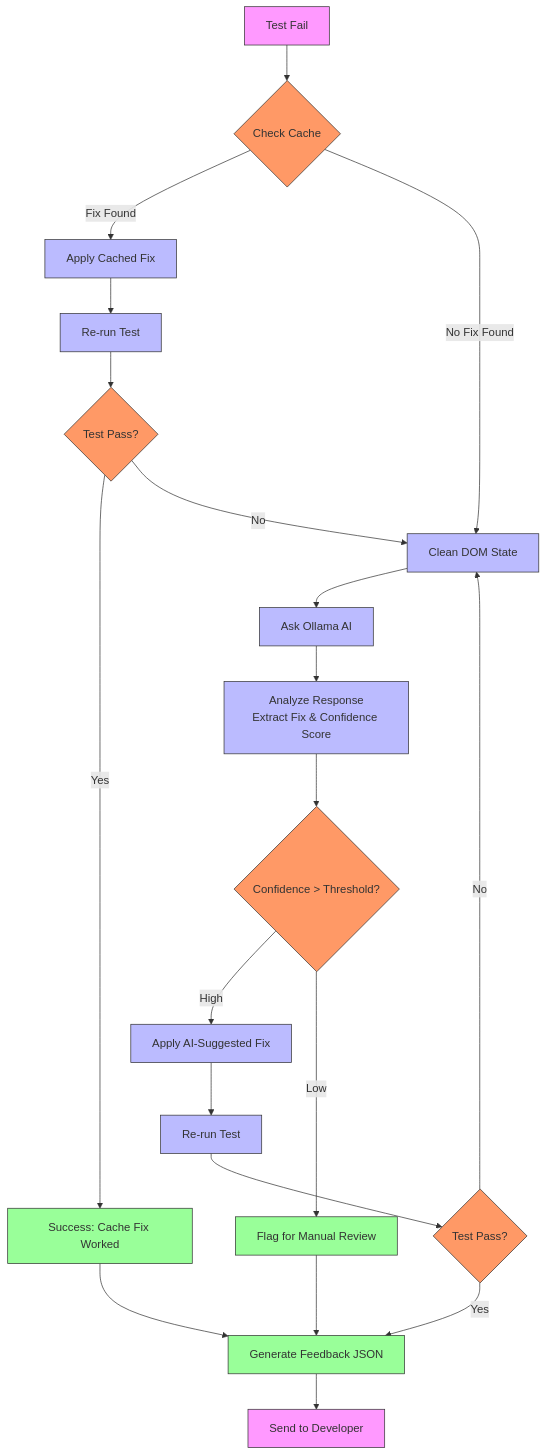
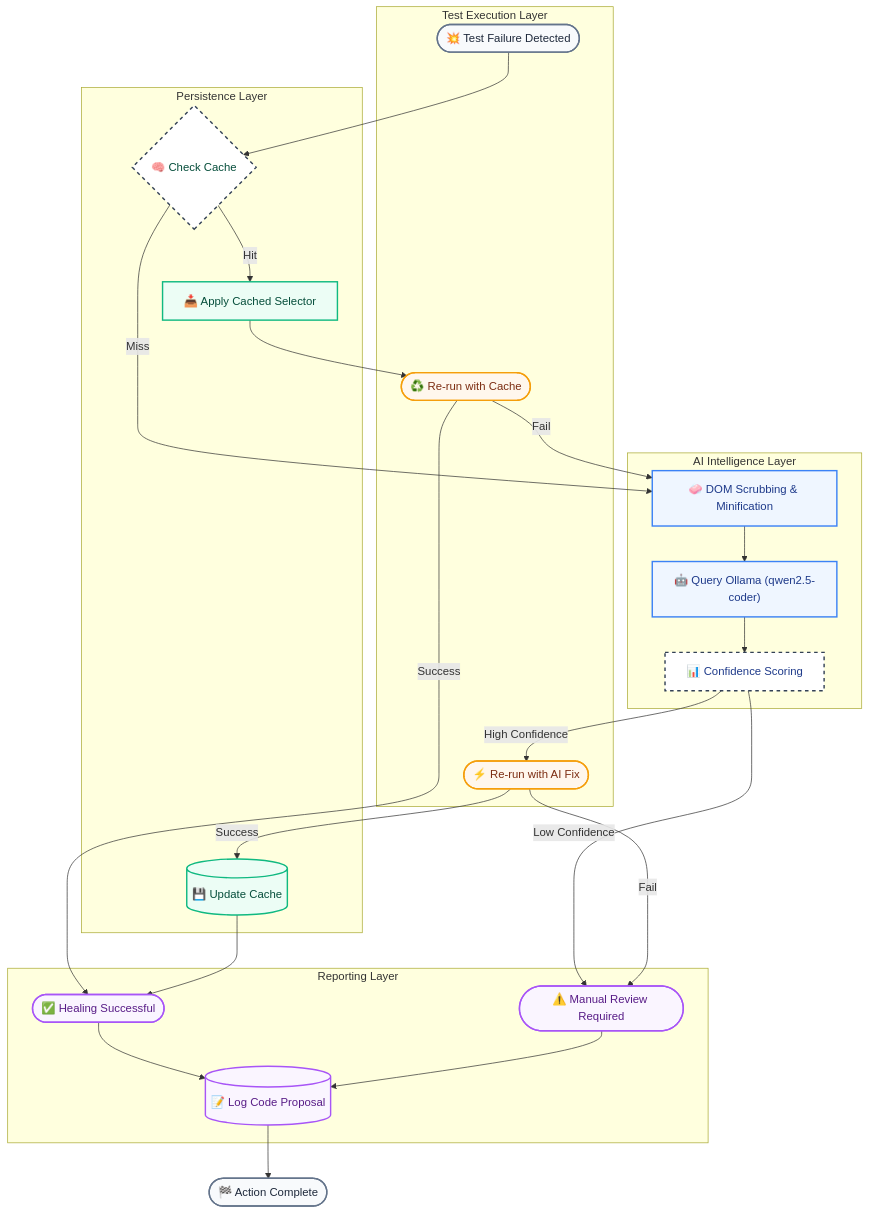
The diagram in README.md (kunaal-ai/healix), drawn with Mermaid before and after one commit. The commit also changed 1 other file, not shown here.

Commit message:
workflow impr

````diff
--- a/README.md
+++ b/README.md
@@ -25,43 +25,67 @@
 ```mermaid
-graph TD
-    Start[Test Fail] --> CheckCache{Check Cache}
+flowchart TD
+    subgraph Execution["Test Execution Layer"]
+        Start(["💥 Test Failure Detected"])
+        RetryCache(["♻️ Re-run with Cache"])
+        RetryAI(["⚡ Re-run with AI Fix"])
+    end
+
+    subgraph Persistence["Persistence Layer"]
+        CheckCache{"🧠 Check Cache"}
+        ApplyCache["📥 Apply Cached Selector"]
+        UpdateCache[("💾 Update Cache")]
+    end
+
+    subgraph Intelligence["AI Intelligence Layer"]
+        CleanDOM["🧼 DOM Scrubbing & Minification"]
+        AskOllama["🤖 Query Ollama (qwen2.5-coder)"]
+        Analyze["📊 Confidence Scoring"]
+    end
+
+    subgraph Feedback["Reporting Layer"]
+        Success(["✅ Healing Successful"])
+        Manual(["⚠️ Manual Review Required"])
+        Proposal[("📝 Log Code Proposal")]
+    end
+
+    %% Flow Logic
+    Start --> CheckCache
     
-    CheckCache -->|Fix Found| ApplyCacheFix[Apply Cached Fix]
-    CheckCache -->|No Fix Found| CleanDOM[Clean DOM State]
+    CheckCache -- "Hit" --> ApplyCache
+    ApplyCache --> RetryCache
     
-    ApplyCacheFix --> RetryCache[Re-run Test]
-    RetryCache --> TestPassCache{Test Pass?}
+    CheckCache -- "Miss" --> CleanDOM
     
-    TestPassCache -->|Yes| SuccessCache[Success: Cache Fix Worked]
-    TestPassCache -->|No| CleanDOM
+    RetryCache -- "Success" --> Success
+    RetryCache -- "Fail" --> CleanDOM
     
-    CleanDOM --> AskOllama[Ask Ollama AI]
-    AskOllama --> AnalyzeResponse[Analyze Response<br/>Extract Fix & Confidence Score]
+    CleanDOM --> AskOllama
+    AskOllama --> Analyze
     
-    AnalyzeResponse --> ConfidenceCheck{Confidence > Threshold?}
+    Analyze -- "High Confidence" --> RetryAI
+    Analyze -- "Low Confidence" --> Manual
     
-    ConfidenceCheck -->|High| ApplyAIFix[Apply AI-Suggested Fix]
-    ConfidenceCheck -->|Low| ManualReview[Flag for Manual Review]
+    RetryAI -- "Success" --> UpdateCache
+    UpdateCache --> Success
     
-    ApplyAIFix --> RetryAI[Re-run Test]
-    RetryAI --> TestPassAI{Test Pass?}
+    RetryAI -- "Fail" --> Manual
     
-    TestPassAI -->|Yes| GenerateFeedback[Generate Feedback JSON]
-    TestPassAI -->|No| CleanDOM
-    
-    SuccessCache --> GenerateFeedback
-    ManualReview --> GenerateFeedback
-    
-    GenerateFeedback --> End[Send to Developer]
-    
-    %% Style Definitions
-    classDef startEnd fill:#f9f,stroke:#333
-    classDef process fill:#bbf,stroke:#333
-    classDef decision fill:#f96,stroke:#333
-    classDef data fill:#9f9,stroke:#333
-    
+    Success --> Proposal
+    Manual --> Proposal
+    Proposal --> End(["🏁 Action Complete"])
+
+    %% Premium Styling
+    classDef startEnd fill:#f8fafc,stroke:#64748b,stroke-width:2px,color:#1e293b
+    classDef intelligence fill:#eff6ff,stroke:#3b82f6,stroke-width:2px,color:#1e3a8a
+    classDef persistence fill:#ecfdf5,stroke:#10b981,stroke-width:2px,color:#064e3b
+    classDef execution fill:#fff7ed,stroke:#f59e0b,stroke-width:2px,color:#7c2d12
+    classDef feedback fill:#faf5ff,stroke:#a855f7,stroke-width:2px,color:#581c87
+    classDef decision fill:#ffffff,stroke:#334155,stroke-width:2px,stroke-dasharray: 5 5
+
     class Start,End startEnd
-    class CheckCache,TestPassCache,ConfidenceCheck,TestPassAI decision
-    class ApplyCacheFix,CleanDOM,AskOllama,AnalyzeResponse,ApplyAIFix,RetryCache,RetryAI process
-    class GenerateFeedback,ManualReview,SuccessCache data
+    class CleanDOM,AskOllama,Analyze intelligence
+    class CheckCache,ApplyCache,UpdateCache persistence
+    class RetryCache,RetryAI execution
+    class Success,Manual,Proposal,GenerateFeedback feedback
+    class CheckCache,Analyze decision
 ```
````
